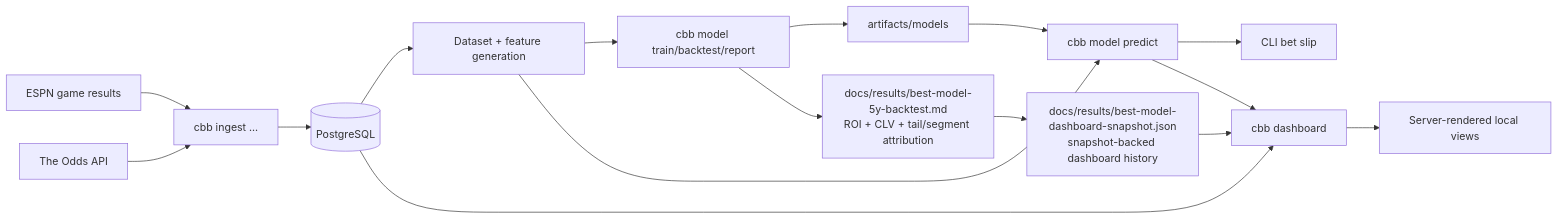
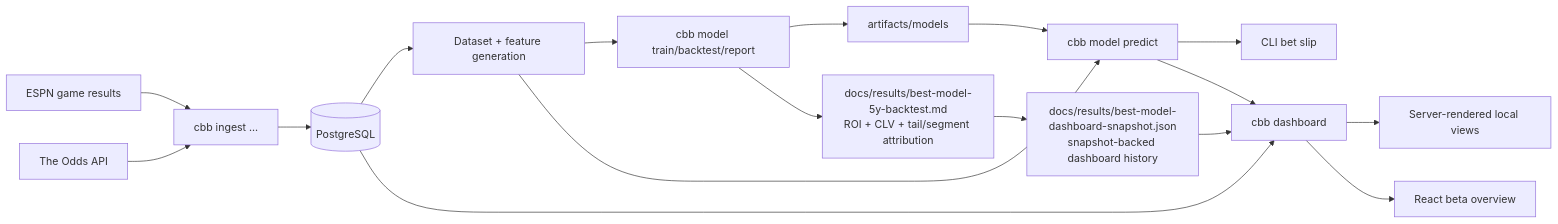
Before and after one commit to tomwalsh421-lang/maumau: the diagram in cbb-upsets/docs/architecture.md, drawn with Mermaid. The commit also changed other lines of this file and 20 other files, not shown here.

Commit message:
Add React beta overview route

````diff
--- a/cbb-upsets/docs/architecture.md
+++ b/cbb-upsets/docs/architecture.md
@@ -31,32 +31,33 @@
 ```mermaid
 flowchart LR
     ESPN[ESPN game results]
     Odds[The Odds API]
     Ingest[cbb ingest ...]
     PG[(PostgreSQL)]
     Features[Dataset + feature generation]
     Train[cbb model train/backtest/report]
     Predict[cbb model predict]
     UI[cbb dashboard]
     Artifacts[artifacts/models]
     Report[docs/results/best-model-5y-backtest.md<br/>ROI + CLV + tail/segment attribution]
     Snapshot[docs/results/best-model-dashboard-snapshot.json<br/>snapshot-backed dashboard history]
     Slip[CLI bet slip]
     Views[Server-rendered local views]
 
     ESPN --> Ingest
     Odds --> Ingest
     Ingest --> PG
     PG --> Features
     Features --> Train
     Features --> Predict
     Train --> Artifacts
     Train --> Report
     Report --> Snapshot
     Artifacts --> Predict
     Predict --> Slip
     Snapshot --> UI
     Predict --> UI
     PG --> UI
     UI --> Views
+    UI --> ReactBeta[React beta overview]
 ```
````
